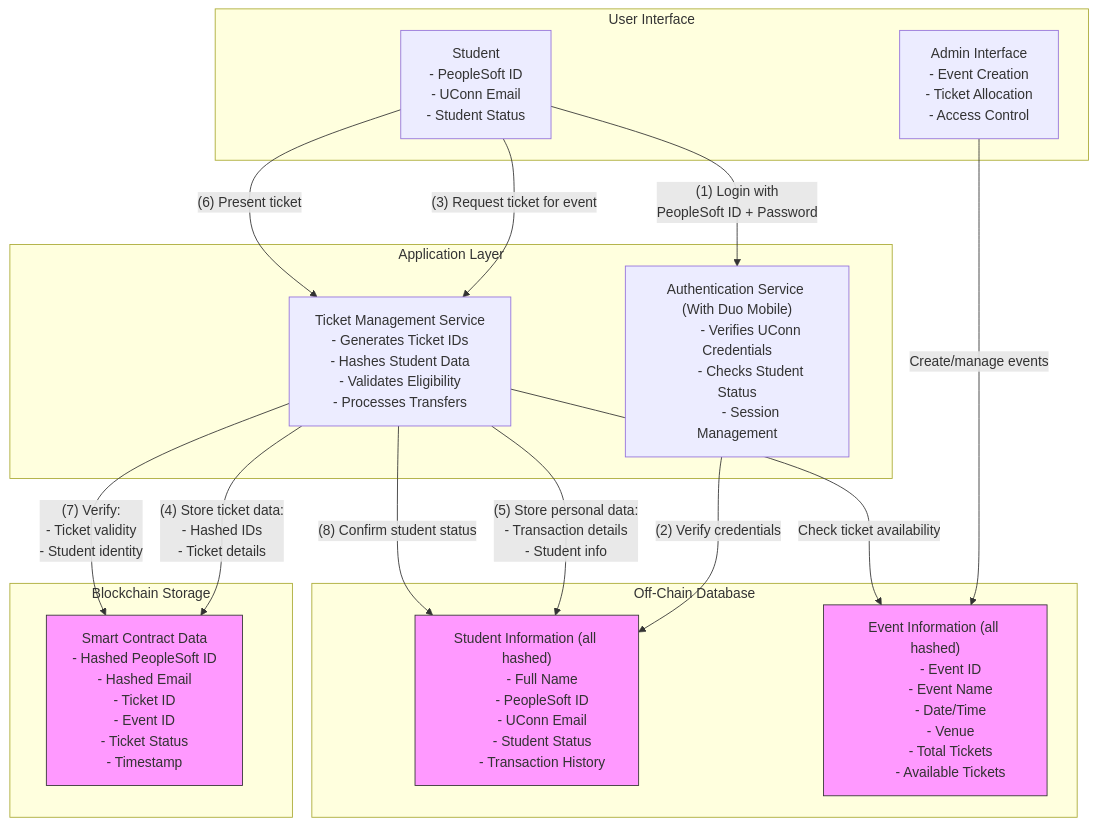
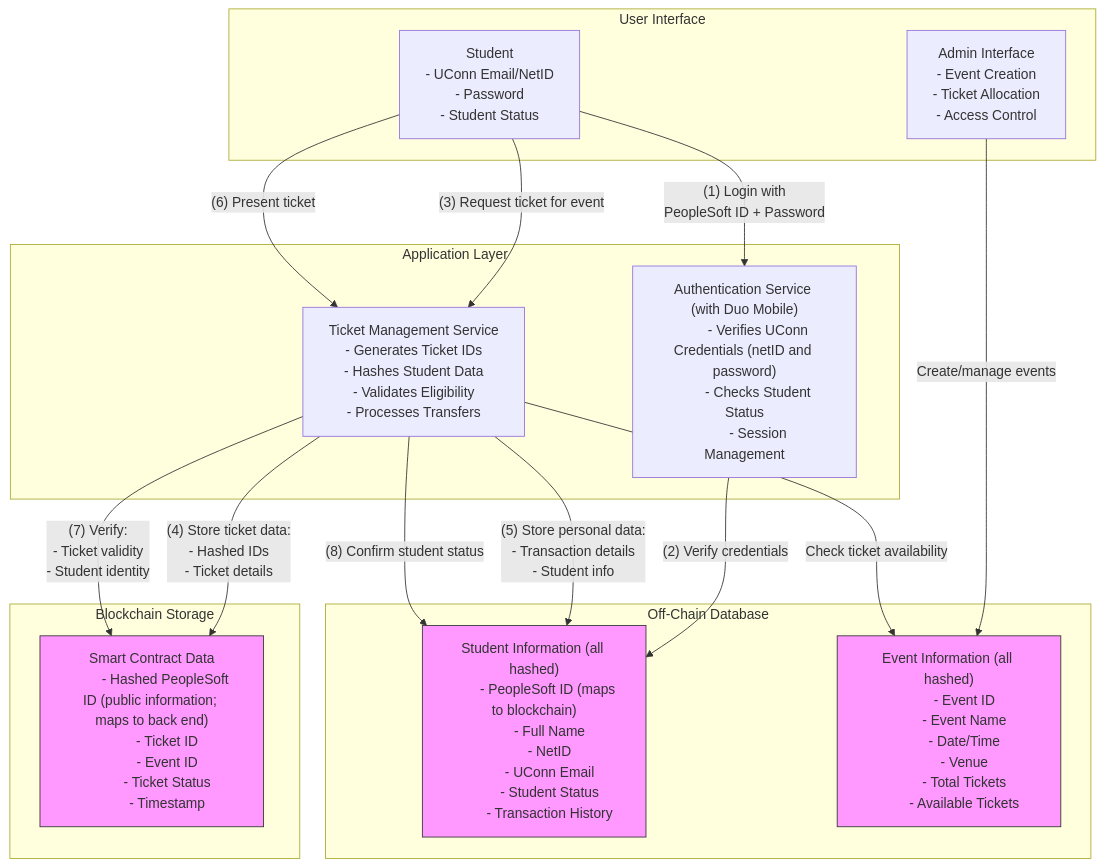
One commit to lpep64/Blockchain-Ticketing changed the diagram in docs/dataflow.md. Above: the diagram before and after it, drawn with Mermaid.

````diff
--- a/docs/dataflow.md
+++ b/docs/dataflow.md
@@ -1,82 +1,82 @@
 ```mermaid
 flowchart TB
     subgraph UI ["User Interface"]
         Student["Student
-        - PeopleSoft ID
-        - UConn Email
+        - UConn Email/NetID
+        - Password
         - Student Status"]
         AdminUI["Admin Interface
         - Event Creation
         - Ticket Allocation
         - Access Control"]
     end
 
     subgraph Processing ["Application Layer"]
-        Auth["Authentication Service (With Duo Mobile)
-        - Verifies UConn Credentials
+        Auth["Authentication Service (with Duo Mobile)
+        - Verifies UConn Credentials (netID and password)
         - Checks Student Status
         - Session Management"]
         
         TicketService["Ticket Management Service
         - Generates Ticket IDs
         - Hashes Student Data
         - Validates Eligibility
         - Processes Transfers"]
     end
 
     subgraph BlockchainStorage ["Blockchain Storage"]
         SmartContract["Smart Contract Data
-        - Hashed PeopleSoft ID
-        - Hashed Email
+        - Hashed PeopleSoft ID (public information; maps to back end)
         - Ticket ID
         - Event ID
         - Ticket Status
         - Timestamp"]
     end
 
     subgraph Database ["Off-Chain Database"]
         StudentData["Student Information (all hashed)
+        - PeopleSoft ID (maps to blockchain)
         - Full Name
-        - PeopleSoft ID
+        - NetID
         - UConn Email
         - Student Status
         - Transaction History"]
         
         EventData["Event Information (all hashed)
         - Event ID
         - Event Name
         - Date/Time
         - Venue
         - Total Tickets
         - Available Tickets"]
     end
 
     %% Student flows
     Student -->|"(1) Login with 
     PeopleSoft ID + Password"| Auth
     Auth -->|"(2) Verify credentials"| StudentData
     Student -->|"(3) Request ticket for event"| TicketService
     
     %% Ticket processing
     TicketService -->|"(4) Store ticket data:
     - Hashed IDs
     - Ticket details"| SmartContract
     
     TicketService -->|"(5) Store personal data:
     - Transaction details
     - Student info"| StudentData
     
     %% Event data flow
     AdminUI -->|"Create/manage events"| EventData
     TicketService -->|"Check ticket availability"| EventData
     
     %% Verification flow
     Student -->|"(6) Present ticket"| TicketService
     TicketService -->|"(7) Verify:
     - Ticket validity
     - Student identity"| SmartContract
     TicketService -->|"(8) Confirm student status"| StudentData
 
     classDef storage fill:#f9f,stroke:#333
     class SmartContract,StudentData,EventData storage
 ```
````
